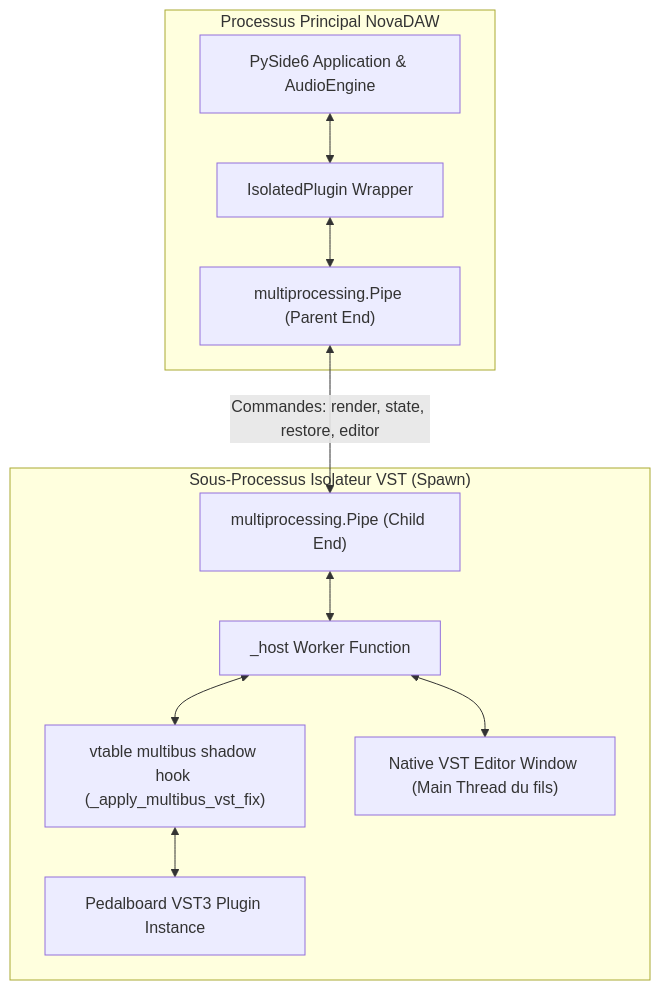
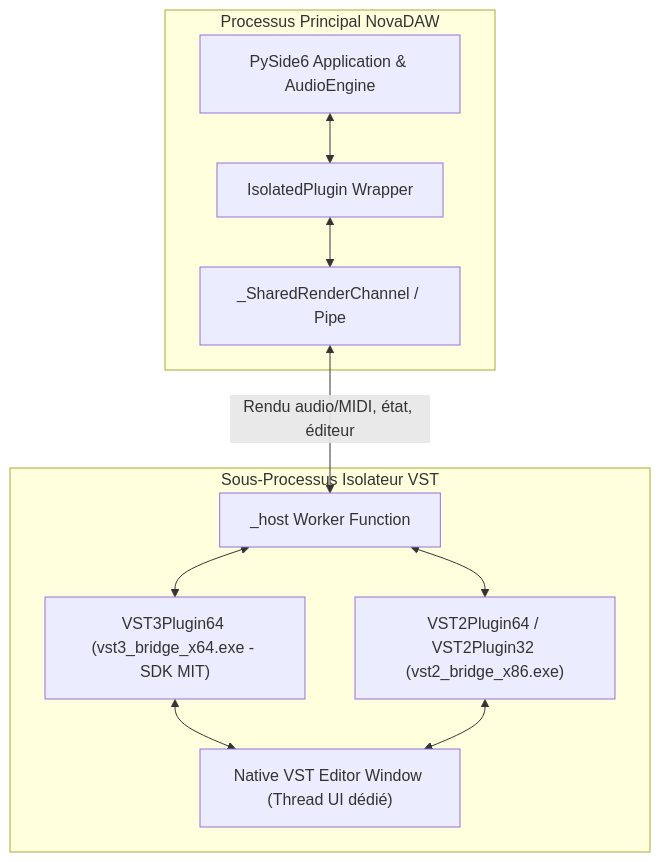
One commit to AnalogShade/NovaDAW changed the fourth of 4 diagrams in doc/architecture.md. Above: the diagram before and after it, drawn with Mermaid. The commit also changed other lines of this file and 89 other files, not shown here.

Commit message:
docs,licensing,vst3: add source-available LICENSE, docs, and native MIT-SDK VST3 bridge (remove pedalboard GPLv3)

````diff
--- a/doc/architecture.md
+++ b/doc/architecture.md
@@ -172,22 +172,22 @@
 ```mermaid
 flowchart TD
     subgraph Parent_Process["Processus Principal NovaDAW"]
         APP["PySide6 Application & AudioEngine"]
         ISO["IsolatedPlugin Wrapper"]
-        PIPE_P["multiprocessing.Pipe (Parent End)"]
+        SHM["_SharedRenderChannel / Pipe"]
     end
 
-    subgraph Child_Process["Sous-Processus Isolateur VST (Spawn)"]
-        PIPE_C["multiprocessing.Pipe (Child End)"]
+    subgraph Child_Process["Sous-Processus Isolateur VST"]
         WORKER["_host Worker Function"]
-        PEDAL["Pedalboard VST3 Plugin Instance"]
-        HOOK["vtable multibus shadow hook (_apply_multibus_vst_fix)"]
-        GUI["Native VST Editor Window (Main Thread du fils)"]
+        VST3["VST3Plugin64 (vst3_bridge_x64.exe - SDK MIT)"]
+        VST2["VST2Plugin64 / VST2Plugin32 (vst2_bridge_x86.exe)"]
+        GUI["Native VST Editor Window (Thread UI dédié)"]
     end
 
-    APP <--> ISO <--> PIPE_P
-    PIPE_P <-->|"Commandes: render, state, restore, editor"| PIPE_C
-    PIPE_C <--> WORKER
-    WORKER <--> HOOK <--> PEDAL
-    WORKER <--> GUI
+    APP <--> ISO <--> SHM
+    SHM <-->|"Rendu audio/MIDI, état, éditeur"| WORKER
+    WORKER <--> VST3
+    WORKER <--> VST2
+    VST3 <--> GUI
+    VST2 <--> GUI
 ```
````
